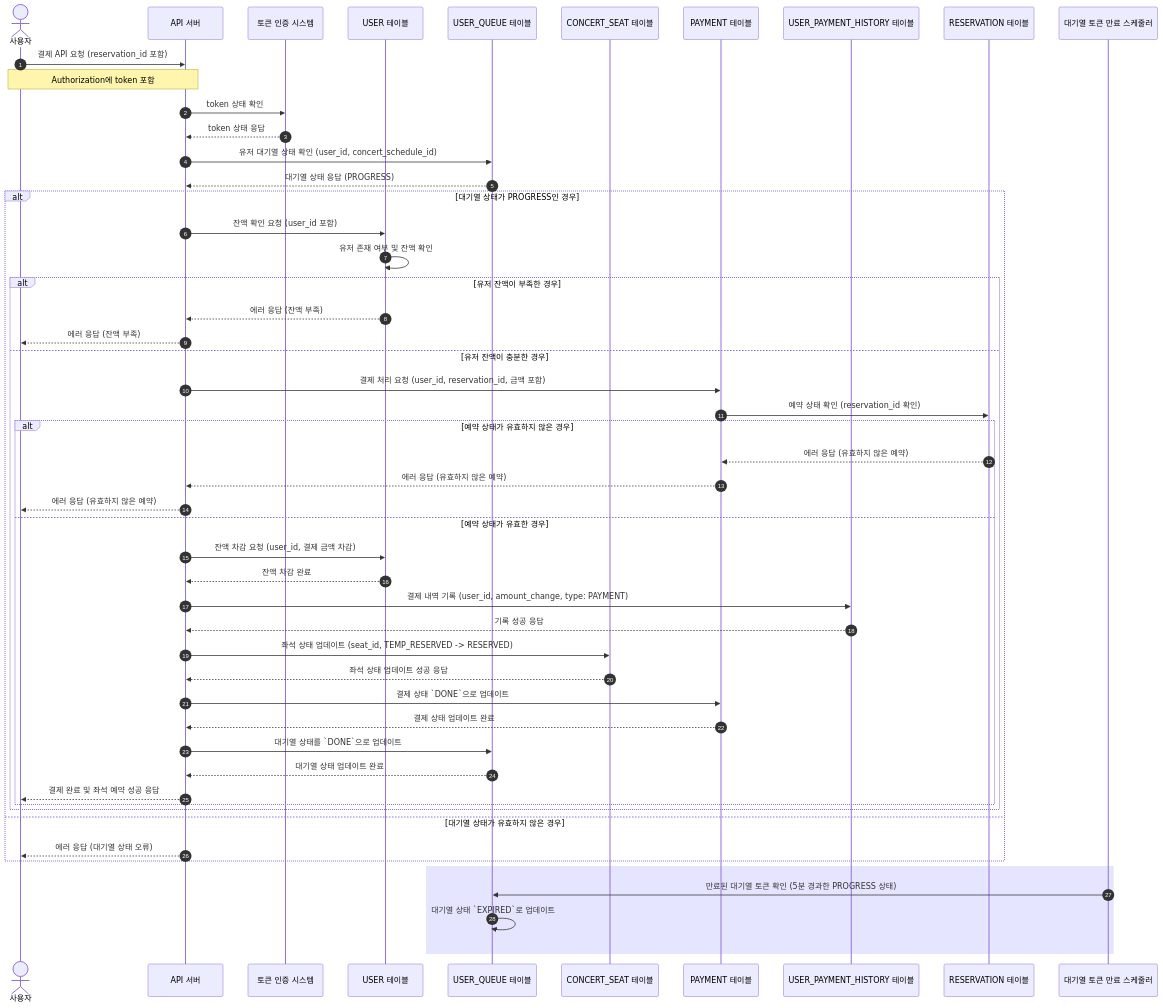
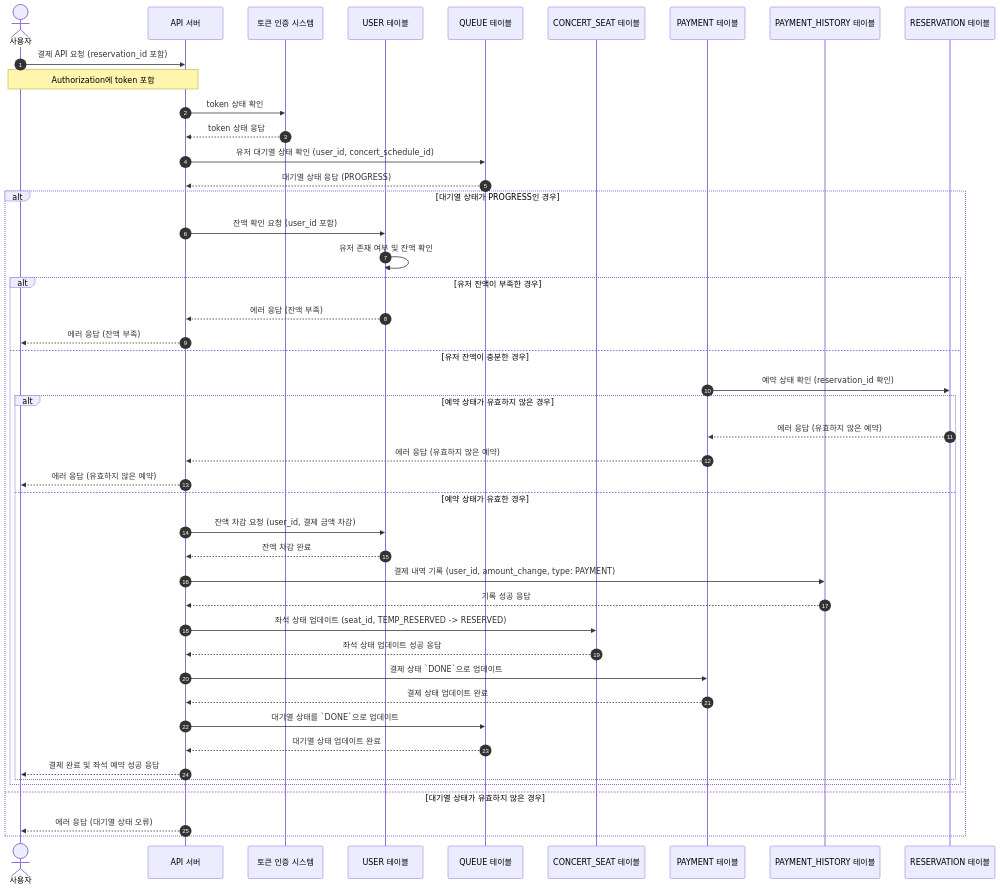
The eighth of 8 diagrams in docs/sequence.md (Cheondongmin/concert-java), drawn with Mermaid before and after one commit. The commit also changed other lines of this file and 3 other files, not shown here.

````diff
--- a/docs/sequence.md
+++ b/docs/sequence.md
@@ -202,65 +218,56 @@
 ```mermaid
 sequenceDiagram
     autonumber
     actor 사용자 as 사용자
     participant API as API 서버
     participant AUTH as 토큰 인증 시스템
     participant USER as USER 테이블
-    participant USER_QUEUE as USER_QUEUE 테이블
+    participant QUEUE as QUEUE 테이블
     participant CONCERT_SEAT as CONCERT_SEAT 테이블
     participant PAYMENT as PAYMENT 테이블
-    participant USER_PAYMENT_HISTORY as USER_PAYMENT_HISTORY 테이블
+    participant PAYMENT_HISTORY as PAYMENT_HISTORY 테이블
     participant RESERVATION as RESERVATION 테이블
-    participant QUEUE_SCHEDULER as 대기열 토큰 만료 스케줄러
 
     사용자 ->> API: 결제 API 요청 (reservation_id 포함)
     Note over 사용자, API: Authorization에 token 포함
     API ->> AUTH: token 상태 확인
     AUTH -->> API: token 상태 응답
 
-    API ->> USER_QUEUE: 유저 대기열 상태 확인 (user_id, concert_schedule_id)
-    USER_QUEUE -->> API: 대기열 상태 응답 (PROGRESS)
+    API ->> QUEUE: 유저 대기열 상태 확인 (user_id, concert_schedule_id)
+    QUEUE -->> API: 대기열 상태 응답 (PROGRESS)
 
     alt 대기열 상태가 PROGRESS인 경우
         API ->> USER: 잔액 확인 요청 (user_id 포함)
         USER ->> USER: 유저 존재 여부 및 잔액 확인
 
         alt 유저 잔액이 부족한 경우
             USER -->> API: 에러 응답 (잔액 부족)
             API -->> 사용자: 에러 응답 (잔액 부족)
         else 유저 잔액이 충분한 경우
-            API ->> PAYMENT: 결제 처리 요청 (user_id, reservation_id, 금액 포함)
             PAYMENT ->> RESERVATION: 예약 상태 확인 (reservation_id 확인)
-
             alt 예약 상태가 유효하지 않은 경우
                 RESERVATION -->> PAYMENT: 에러 응답 (유효하지 않은 예약)
                 PAYMENT -->> API: 에러 응답 (유효하지 않은 예약)
                 API -->> 사용자: 에러 응답 (유효하지 않은 예약)
             else 예약 상태가 유효한 경우
                 API ->> USER: 잔액 차감 요청 (user_id, 결제 금액 차감)
                 USER -->> API: 잔액 차감 완료
-
-                API ->> USER_PAYMENT_HISTORY: 결제 내역 기록 (user_id, amount_change, type: PAYMENT)
-                USER_PAYMENT_HISTORY -->> API: 기록 성공 응답
+                API ->> PAYMENT_HISTORY: 결제 내역 기록 (user_id, amount_change, type: PAYMENT)
+                PAYMENT_HISTORY -->> API: 기록 성공 응답
 
                 API ->> CONCERT_SEAT: 좌석 상태 업데이트 (seat_id, TEMP_RESERVED -> RESERVED)
                 CONCERT_SEAT -->> API: 좌석 상태 업데이트 성공 응답
 
                 API ->> PAYMENT: 결제 상태 `DONE`으로 업데이트
                 PAYMENT -->> API: 결제 상태 업데이트 완료
 
-                API ->> USER_QUEUE: 대기열 상태를 `DONE`으로 업데이트
-                USER_QUEUE -->> API: 대기열 상태 업데이트 완료
+                API ->> QUEUE: 대기열 상태를 `DONE`으로 업데이트
+                QUEUE -->> API: 대기열 상태 업데이트 완료
 
                 API -->> 사용자: 결제 완료 및 좌석 예약 성공 응답
             end
         end
     else 대기열 상태가 유효하지 않은 경우
         API -->> 사용자: 에러 응답 (대기열 상태 오류)
     end
-
-    rect rgba(0, 0, 255, .1)
-        QUEUE_SCHEDULER ->> USER_QUEUE: 만료된 대기열 토큰 확인 (5분 경과한 PROGRESS 상태)
-        USER_QUEUE ->> USER_QUEUE: 대기열 상태 `EXPIRED`로 업데이트
-    end
 ```
````
